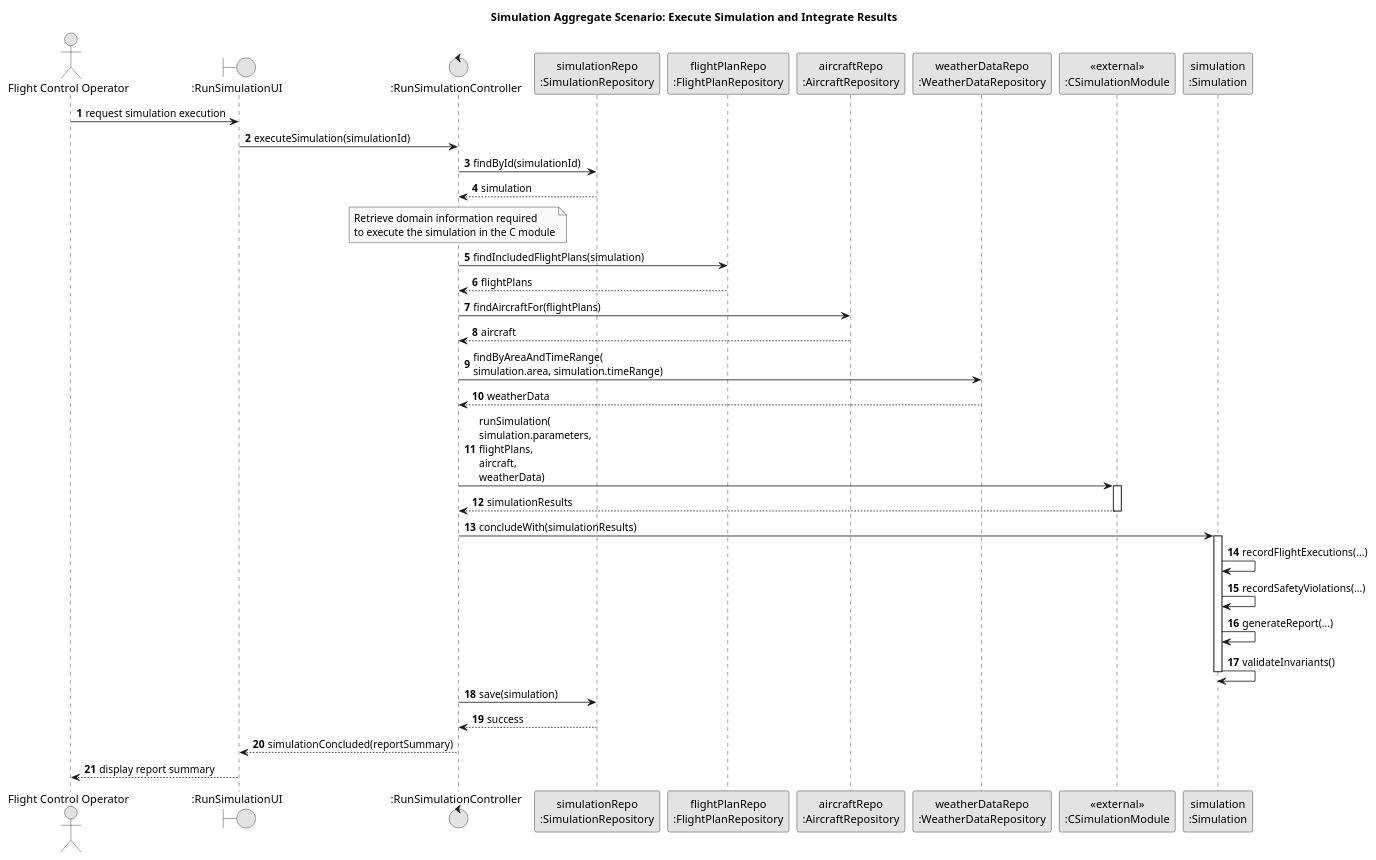
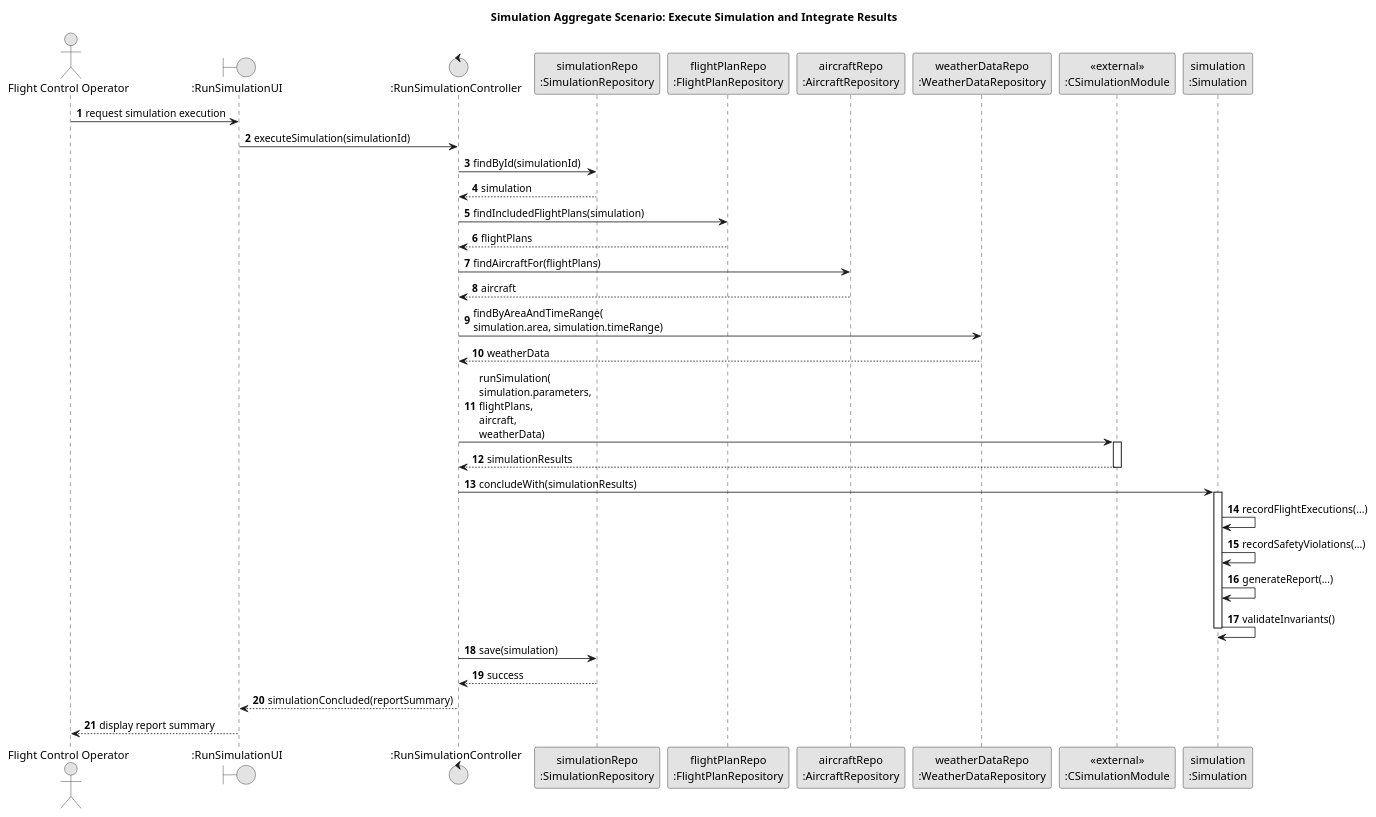
One commit to GustavoFerreira24/flight-management-platform changed the diagram in docs/global-artifacts/03.design/puml/SimulationAggregate-SD.puml. Above: the diagram before and after it, drawn with PlantUML. The commit also changed 5 other files, not shown here.

```diff
--- a/docs/global-artifacts/03.design/puml/SimulationAggregate-SD.puml
+++ b/docs/global-artifacts/03.design/puml/SimulationAggregate-SD.puml
@@ -1,59 +1,54 @@
 @startuml
 title Simulation Aggregate Scenario: Execute Simulation and Integrate Results
 
 skinparam monochrome true
 skinparam packageStyle rectangle
 skinparam shadowing false
 skinparam responseMessageBelowArrow true
 autonumber
 
 actor "Flight Control Operator" as FCO
 boundary ":RunSimulationUI" as UI
 control ":RunSimulationController" as C
 participant "simulationRepo\n:SimulationRepository" as SimRepo
 participant "flightPlanRepo\n:FlightPlanRepository" as FPRepo
 participant "aircraftRepo\n:AircraftRepository" as ARepo
 participant "weatherDataRepo\n:WeatherDataRepository" as WRepo
 participant "<<external>>\n:CSimulationModule" as CSim
 participant "simulation\n:Simulation" as Sim
 
 FCO -> UI : request simulation execution
 UI -> C : executeSimulation(simulationId)
 
 C -> SimRepo : findById(simulationId)
 SimRepo --> C : simulation
-
-note over C
-Retrieve domain information required
-to execute the simulation in the C module
-end note
 
 C -> FPRepo : findIncludedFlightPlans(simulation)
 FPRepo --> C : flightPlans
 
 C -> ARepo : findAircraftFor(flightPlans)
 ARepo --> C : aircraft
 
 C -> WRepo : findByAreaAndTimeRange(\nsimulation.area, simulation.timeRange)
 WRepo --> C : weatherData
 
 C -> CSim : runSimulation(\nsimulation.parameters,\nflightPlans,\naircraft,\nweatherData)
 activate CSim
 CSim --> C : simulationResults
 deactivate CSim
 
 C -> Sim : concludeWith(simulationResults)
 activate Sim
 Sim -> Sim : recordFlightExecutions(...)
 Sim -> Sim : recordSafetyViolations(...)
 Sim -> Sim : generateReport(...)
 Sim -> Sim : validateInvariants()
 deactivate Sim
 
 C -> SimRepo : save(simulation)
 SimRepo --> C : success
 
 C --> UI : simulationConcluded(reportSummary)
 UI --> FCO : display report summary
 
 @enduml
```
